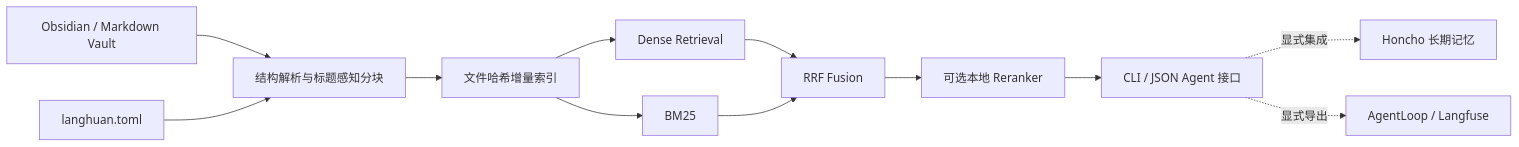
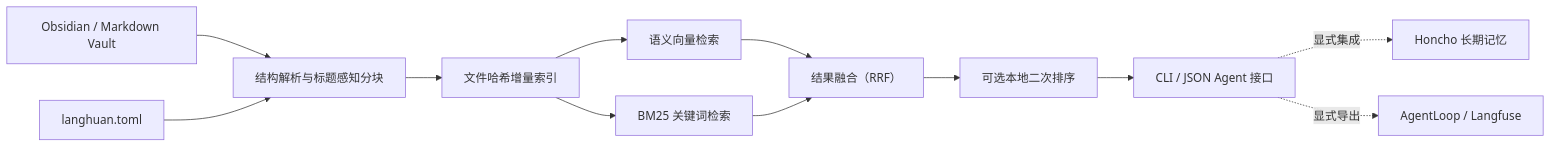
One commit to Farprt/langhuan-agentic-knowledge-system changed the diagram in README.md. Above: the diagram before and after it, drawn with Mermaid. The commit also changed other lines of this file and 20 other files, not shown here.

````diff
--- a/README.md
+++ b/README.md
@@ -25,14 +27,14 @@
 ```mermaid
 flowchart LR
     V["Obsidian / Markdown Vault"] --> P["结构解析与标题感知分块"]
     C["langhuan.toml"] --> P
     P --> I["文件哈希增量索引"]
-    I --> D["Dense Retrieval"]
-    I --> B["BM25"]
-    D --> R["RRF Fusion"]
+    I --> D["语义向量检索"]
+    I --> B["BM25 关键词检索"]
+    D --> R["结果融合（RRF）"]
     B --> R
-    R --> X["可选本地 Reranker"]
+    R --> X["可选本地二次排序"]
     X --> A["CLI / JSON Agent 接口"]
     A -.显式集成.-> H["Honcho 长期记忆"]
     A -.显式导出.-> O["AgentLoop / Langfuse"]
 ```
````
